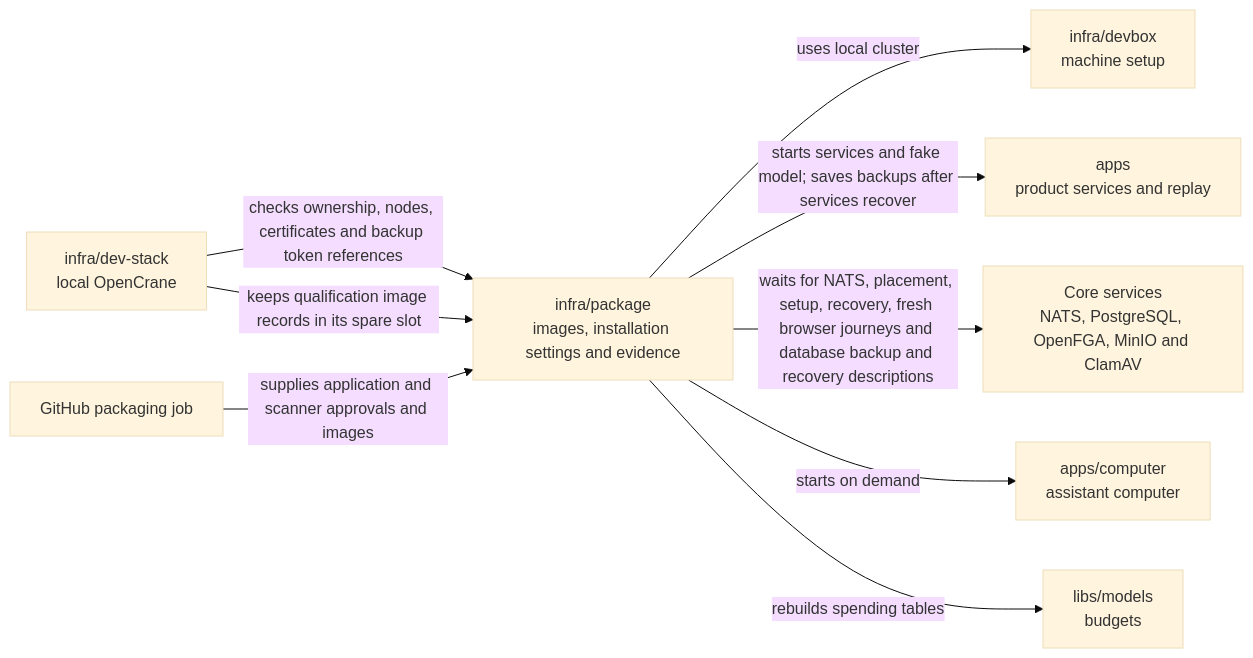
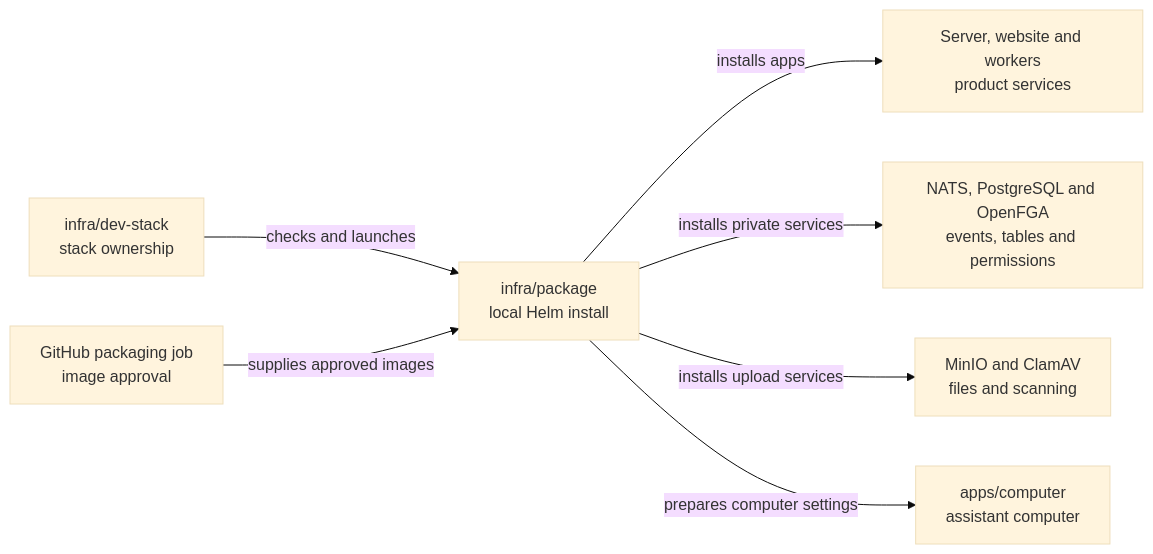
One commit to elewa-git/opencrane-new changed the diagram in infra/package/README.md. Above: the diagram before and after it, drawn with Mermaid (base theme). The commit also changed other lines of this file and 12 other files, not shown here.

````diff
--- a/infra/package/README.md
+++ b/infra/package/README.md
@@ -19,11 +18,9 @@
 ```mermaid
 flowchart LR
-  stack["infra/dev-stack<br/>local OpenCrane"] -->|checks ownership, nodes, certificates and backup token references| package["infra/package<br/>images, installation settings and evidence"]
-  package -->|uses local cluster| devbox["infra/devbox<br/>machine setup"]
-  package -->|starts services and fake model; saves backups after services recover| apps["apps<br/>product services and replay"]
-  packaging["GitHub packaging job"] -->|supplies application and scanner approvals and images| package
-  package -->|waits for NATS, placement, setup, recovery, fresh browser journeys and database backup and recovery descriptions| services["Core services<br/>NATS, PostgreSQL, OpenFGA, MinIO and ClamAV"]
-  package -->|starts on demand| computer["apps/computer<br/>assistant computer"]
-  package -->|rebuilds spending tables| models["libs/models<br/>budgets"]
-  stack -->|keeps qualification image records in its spare slot| package
+  stack["infra/dev-stack<br/>stack ownership"] -->|checks and launches| package["infra/package<br/>local Helm install"]
+  packaging["GitHub packaging job<br/>image approval"] -->|supplies approved images| package
+  package -->|installs apps| apps["Server, website and workers<br/>product services"]
+  package -->|installs private services| services["NATS, PostgreSQL and OpenFGA<br/>events, tables and permissions"]
+  package -->|installs upload services| files["MinIO and ClamAV<br/>files and scanning"]
+  package -->|prepares computer settings| computer["apps/computer<br/>assistant computer"]
 ```
````
